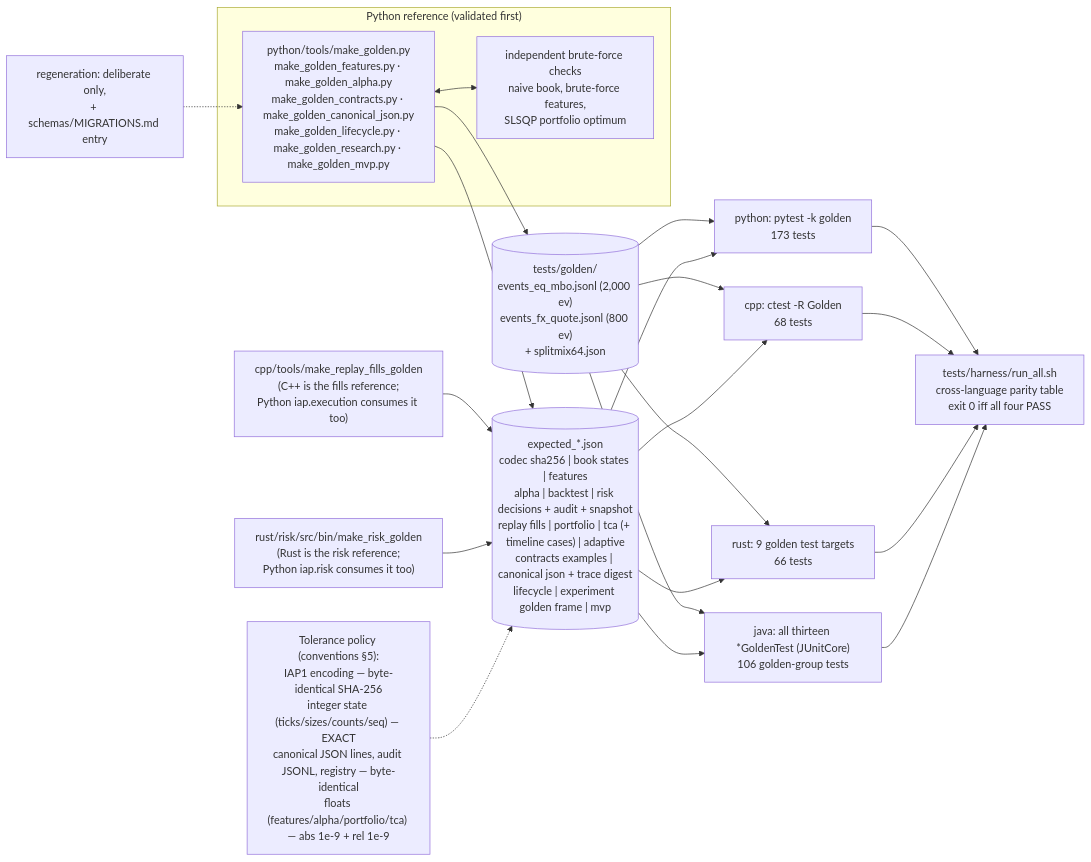
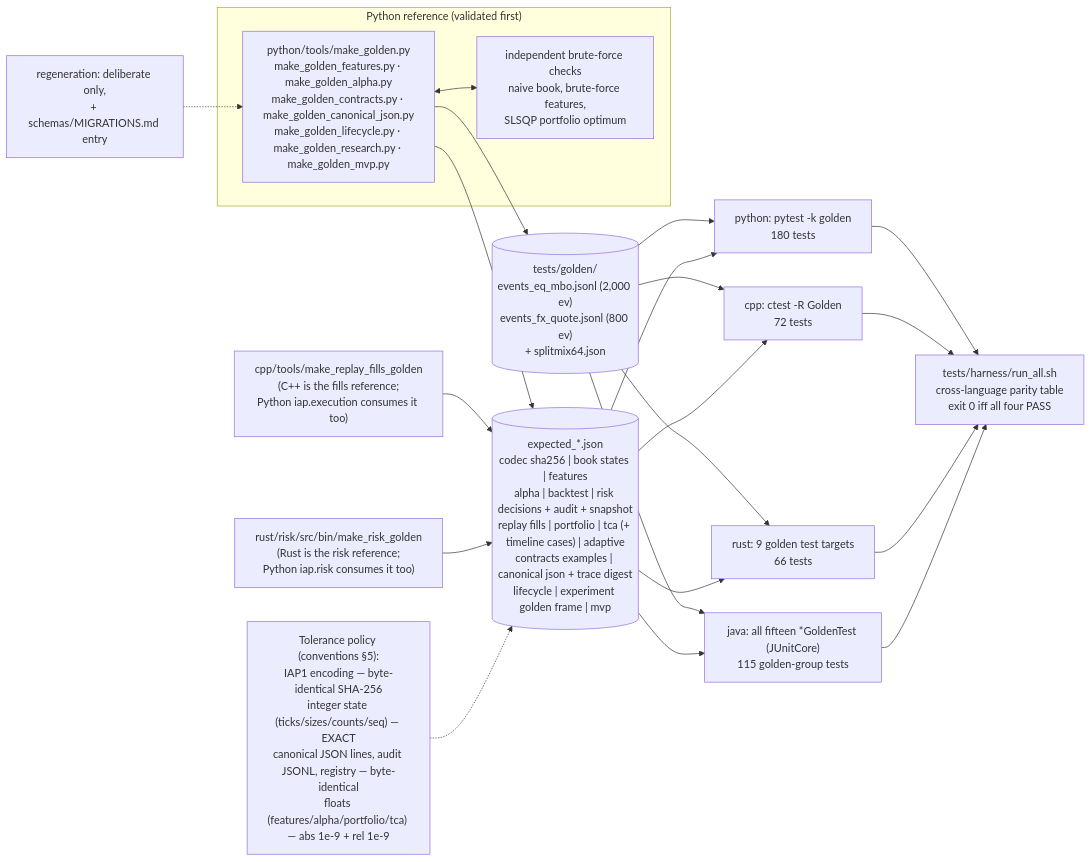
Before and after one commit to AshJha0/intraday-alpha-platform: the second of 3 diagrams in docs/ARCHITECTURE.md, drawn with Mermaid. The commit also changed other lines of this file and 26 other files, not shown here.

````diff
--- a/docs/ARCHITECTURE.md
+++ b/docs/ARCHITECTURE.md
@@ -240,26 +240,26 @@
 ```mermaid
 flowchart LR
     subgraph REF["Python reference (validated first)"]
         MG["python/tools/make_golden.py<br/>make_golden_features.py · make_golden_alpha.py<br/>make_golden_contracts.py · make_golden_canonical_json.py<br/>make_golden_lifecycle.py · make_golden_research.py · make_golden_mvp.py"]
         BF["independent brute-force checks<br/>naive book, brute-force features,<br/>SLSQP portfolio optimum"]
         MG <--> BF
     end
     MG --> GV[("tests/golden/<br/>events_eq_mbo.jsonl (2,000 ev)<br/>events_fx_quote.jsonl (800 ev)<br/>+ splitmix64.json")]
     MG --> EXP[("expected_*.json<br/>codec sha256 | book states | features<br/>alpha | backtest | risk decisions + audit + snapshot<br/>replay fills | portfolio | tca (+ timeline cases) | adaptive<br/>contracts examples | canonical json + trace digest<br/>lifecycle | experiment golden frame | mvp")]
     CPPTOOL["cpp/tools/make_replay_fills_golden<br/>(C++ is the fills reference;<br/>Python iap.execution consumes it too)"] --> EXP
     RSTOOL["rust/risk/src/bin/make_risk_golden<br/>(Rust is the risk reference;<br/>Python iap.risk consumes it too)"] --> EXP
-    GV --> PY["python: pytest -k golden<br/>173 tests"]
-    GV --> CPP["cpp: ctest -R Golden<br/>68 tests"]
+    GV --> PY["python: pytest -k golden<br/>180 tests"]
+    GV --> CPP["cpp: ctest -R Golden<br/>72 tests"]
     GV --> RS["rust: 9 golden test targets<br/>66 tests"]
-    GV --> JV["java: all thirteen *GoldenTest (JUnitCore)<br/>106 golden-group tests"]
+    GV --> JV["java: all fifteen *GoldenTest (JUnitCore)<br/>115 golden-group tests"]
     EXP --> PY
     EXP --> CPP
     EXP --> RS
     EXP --> JV
     PY --> TAB["tests/harness/run_all.sh<br/>cross-language parity table<br/>exit 0 iff all four PASS"]
     CPP --> TAB
     RS --> TAB
     JV --> TAB
     TOL["Tolerance policy (conventions §5):<br/>IAP1 encoding — byte-identical SHA-256<br/>integer state (ticks/sizes/counts/seq) — EXACT<br/>canonical JSON lines, audit JSONL, registry — byte-identical<br/>floats (features/alpha/portfolio/tca) — abs 1e-9 + rel 1e-9"] -.-> EXP
     MIG["regeneration: deliberate only,<br/>+ schemas/MIGRATIONS.md entry"] -.-> MG
 ```
````
